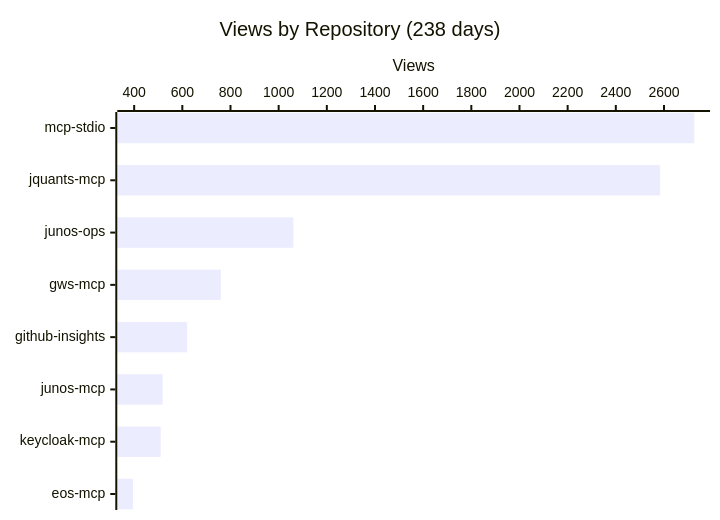
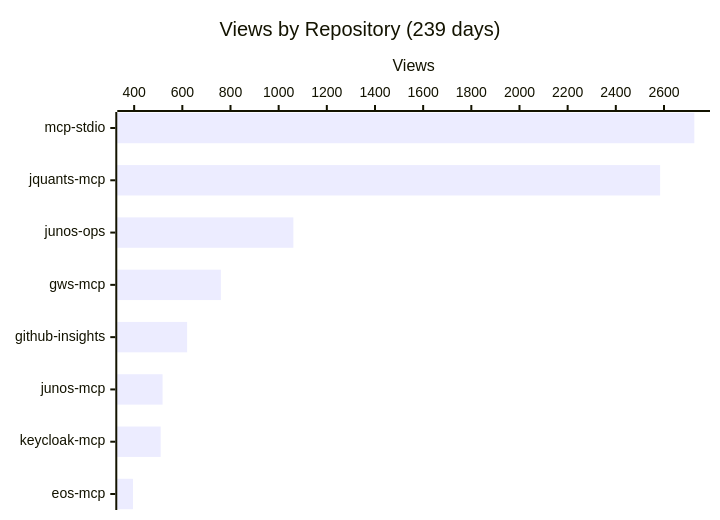
One commit to shigechika/github-insights changed the first of 4 diagrams in README.md. Above: the diagram before and after it, drawn with Mermaid. The commit also changed other lines of this file and 1 other file, not shown here.

````diff
--- a/README.md
+++ b/README.md
@@ -18,7 +18,7 @@
 ```mermaid
 xychart-beta horizontal
-    title "Views by Repository (238 days)"
+    title "Views by Repository (239 days)"
     x-axis ["mcp-stdio", "jquants-mcp", "junos-ops", "gws-mcp", "github-insights", "junos-mcp", "keycloak-mcp", "eos-mcp"]
     y-axis "Views"
     bar [2726, 2584, 1061, 760, 620, 518, 510, 395]
 ```
````
